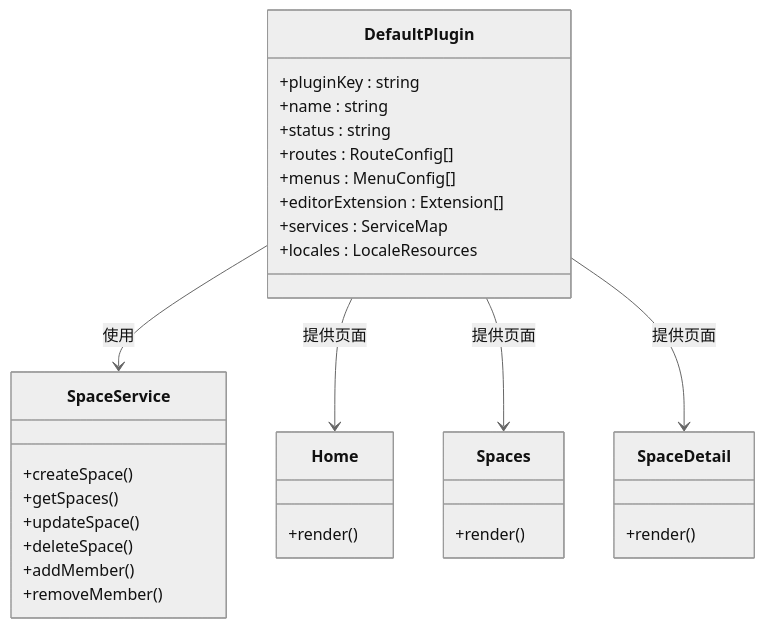
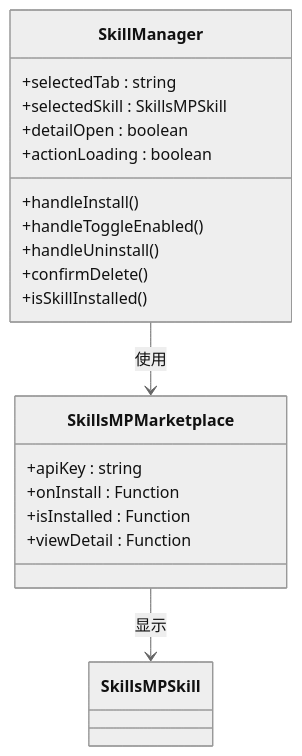
The seventh of 11 diagrams in .qoder/repowiki/zh/content/功能模块/AI技能市场系统.md (LRF0422/Kotion), drawn with Mermaid (neutral theme) before and after one commit. The commit also changed other lines of this file and 22 other files, not shown here.

````diff
--- a/.qoder/repowiki/zh/content/功能模块/AI技能市场系统.md
+++ b/.qoder/repowiki/zh/content/功能模块/AI技能市场系统.md
@@ -311,34 +317,22 @@
 ```mermaid
 classDiagram
-class DefaultPlugin {
-+pluginKey : string
-+name : string
-+status : string
-+routes : RouteConfig[]
-+menus : MenuConfig[]
-+editorExtension : Extension[]
-+services : ServiceMap
-+locales : LocaleResources
+class SkillManager {
++selectedTab : string
++selectedSkill : SkillsMPSkill
++detailOpen : boolean
++actionLoading : boolean
++handleInstall()
++handleToggleEnabled()
++handleUninstall()
++confirmDelete()
++isSkillInstalled()
 }
-class SpaceService {
-+createSpace()
-+getSpaces()
-+updateSpace()
-+deleteSpace()
-+addMember()
-+removeMember()
+class SkillsMPMarketplace {
++apiKey : string
++onInstall : Function
++isInstalled : Function
++viewDetail : Function
 }
-class Home {
-+render()
-}
-class Spaces {
-+render()
-}
-class SpaceDetail {
-+render()
-}
-DefaultPlugin --> SpaceService : 使用
-DefaultPlugin --> Home : 提供页面
-DefaultPlugin --> Spaces : 提供页面
-DefaultPlugin --> SpaceDetail : 提供页面
+SkillManager --> SkillsMPMarketplace : 使用
+SkillsMPMarketplace --> SkillsMPSkill : 显示
 ```
````
